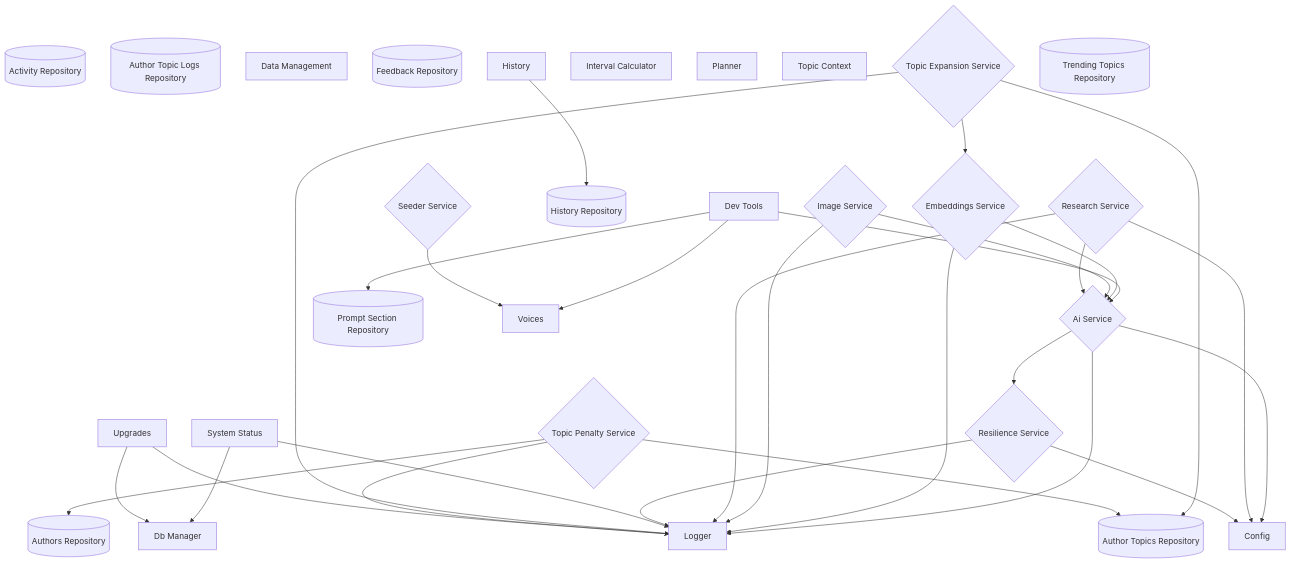
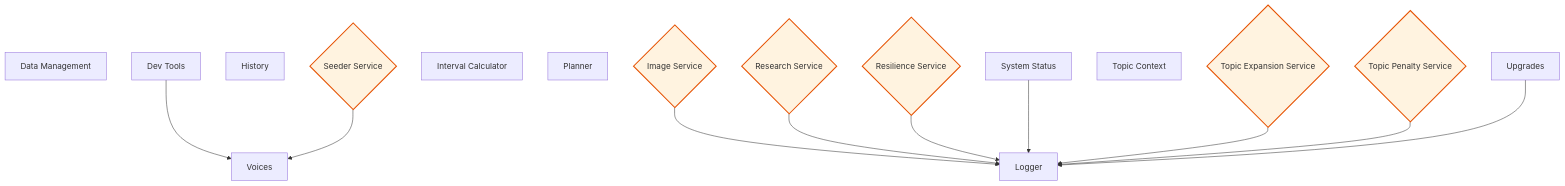
Before and after one commit to rpnunez/wp-ai-scheduler: the tenth of 10 diagrams in docs/feature-report.md, drawn with Mermaid. The commit also changed other lines of this file and 2 other files, not shown here.

First line of the commit message:
fix: Address PR review feedback on feature scanner

````diff
--- a/docs/feature-report.md
+++ b/docs/feature-report.md
@@ -279,65 +362,36 @@
 ```mermaid
 flowchart TD
-    %% AI Integration Architecture
+    %% Utilities Architecture
 
-    ActivityRepository[("Activity Repository")]
-    AIService{"Ai Service"}
-    AuthorTopicLogsRepository[("Author Topic Logs Repository")]
-    AuthorTopicsRepository[("Author Topics Repository")]
-    AuthorsRepository[("Authors Repository")]
-    Config["Config"]
-    DataManagement["Data Management"]
-    DBManager["Db Manager"]
-    DevTools["Dev Tools"]
-    EmbeddingsService{"Embeddings Service"}
-    FeedbackRepository[("Feedback Repository")]
-    HistoryRepository[("History Repository")]
+    Data_Management["Data Management"]
+    Dev_Tools["Dev Tools"]
     History["History"]
-    ImageService{"Image Service"}
-    IntervalCalculator["Interval Calculator"]
+    Image_Service{"Image Service"}
+    Interval_Calculator["Interval Calculator"]
     Logger["Logger"]
     Planner["Planner"]
-    PromptSectionRepository[("Prompt Section Repository")]
-    ResearchService{"Research Service"}
-    ResilienceService{"Resilience Service"}
-    SeederService{"Seeder Service"}
-    SystemStatus["System Status"]
-    TopicContext["Topic Context"]
-    TopicExpansionService{"Topic Expansion Service"}
-    TopicPenaltyService{"Topic Penalty Service"}
-    TrendingTopicsRepository[("Trending Topics Repository")]
+    Research_Service{"Research Service"}
+    Resilience_Service{"Resilience Service"}
+    Seeder_Service{"Seeder Service"}
+    System_Status["System Status"]
+    Topic_Context["Topic Context"]
+    Topic_Expansion_Service{"Topic Expansion Service"}
+    Topic_Penalty_Service{"Topic Penalty Service"}
     Upgrades["Upgrades"]
     Voices["Voices"]
 
-    AIService --> Logger
-    AIService --> Config
-    AIService --> ResilienceService
-    DevTools --> AIService
-    DevTools --> Voices
-    DevTools --> PromptSectionRepository
-    EmbeddingsService --> Logger
-    EmbeddingsService --> AIService
-    History --> HistoryRepository
-    ImageService --> Logger
-    ImageService --> AIService
-    ResearchService --> Logger
-    ResearchService --> AIService
-    ResearchService --> Config
-    ResilienceService --> Logger
-    ResilienceService --> Config
-    SeederService --> Voices
-    SystemStatus --> DBManager
-    SystemStatus --> Logger
-    TopicExpansionService --> EmbeddingsService
-    TopicExpansionService --> Logger
-    TopicExpansionService --> AuthorTopicsRepository
-    TopicPenaltyService --> AuthorsRepository
-    TopicPenaltyService --> Logger
-    TopicPenaltyService --> AuthorTopicsRepository
-    Upgrades --> DBManager
+    Dev_Tools --> Voices
+    Image_Service --> Logger
+    Research_Service --> Logger
+    Resilience_Service --> Logger
+    Seeder_Service --> Voices
+    System_Status --> Logger
+    Topic_Expansion_Service --> Logger
+    Topic_Penalty_Service --> Logger
     Upgrades --> Logger
 
     classDef repository fill:#e1f5ff,stroke:#01579b,stroke-width:2px
     classDef service fill:#fff3e0,stroke:#e65100,stroke-width:2px
     classDef controller fill:#f3e5f5,stroke:#4a148c,stroke-width:2px
+    class Image_Service,Research_Service,Resilience_Service,Seeder_Service,Topic_Expansion_Service,Topic_Penalty_Service service
 ```
````
